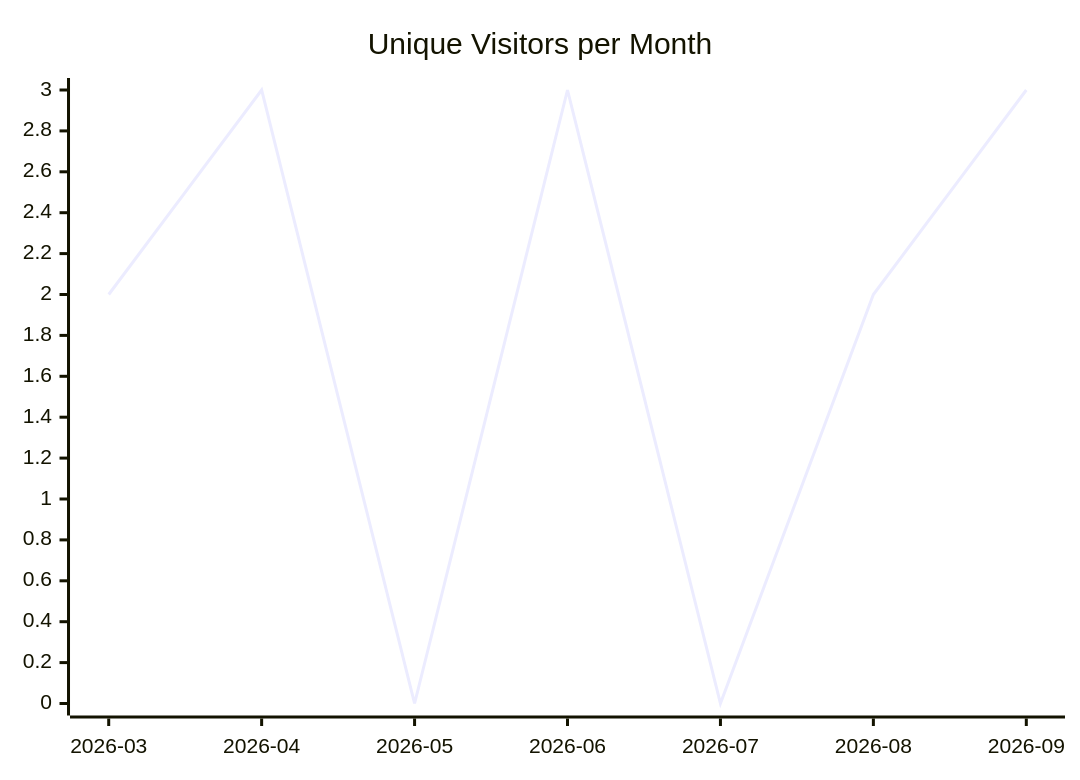
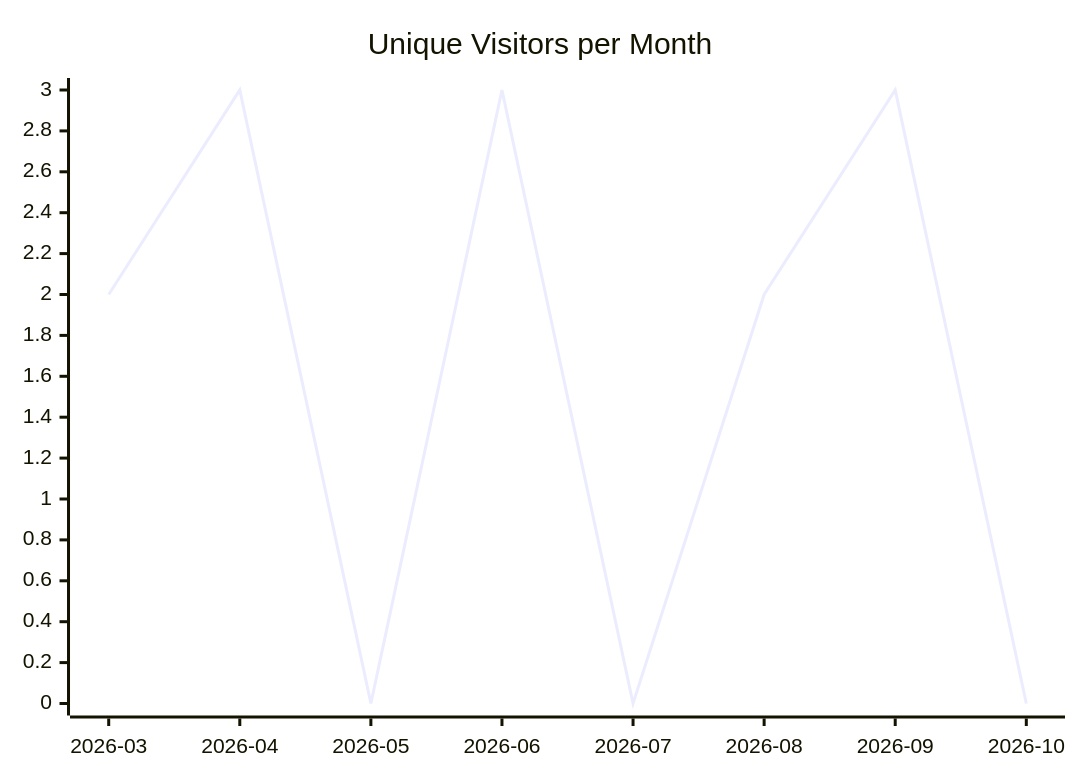
One commit to justdavis-family/github-analytics-data changed the first of 3 diagrams in karlmdavis/ansible-role-bind-dns/README.md. Above: the diagram before and after it, drawn with Mermaid. The commit also changed other lines of this file and 202 other files, not shown here.

````diff
--- a/karlmdavis/ansible-role-bind-dns/README.md
+++ b/karlmdavis/ansible-role-bind-dns/README.md
@@ -5,6 +5,6 @@
 ```mermaid
 xychart-beta
   title "Unique Visitors per Month"
-  x-axis ["2026-03", "2026-04", "2026-05", "2026-06", "2026-07", "2026-08", "2026-09"]
-  line [2, 3, 0, 3, 0, 2, 3]
+  x-axis ["2026-03", "2026-04", "2026-05", "2026-06", "2026-07", "2026-08", "2026-09", "2026-10"]
+  line [2, 3, 0, 3, 0, 2, 3, 0]
 ```
````
